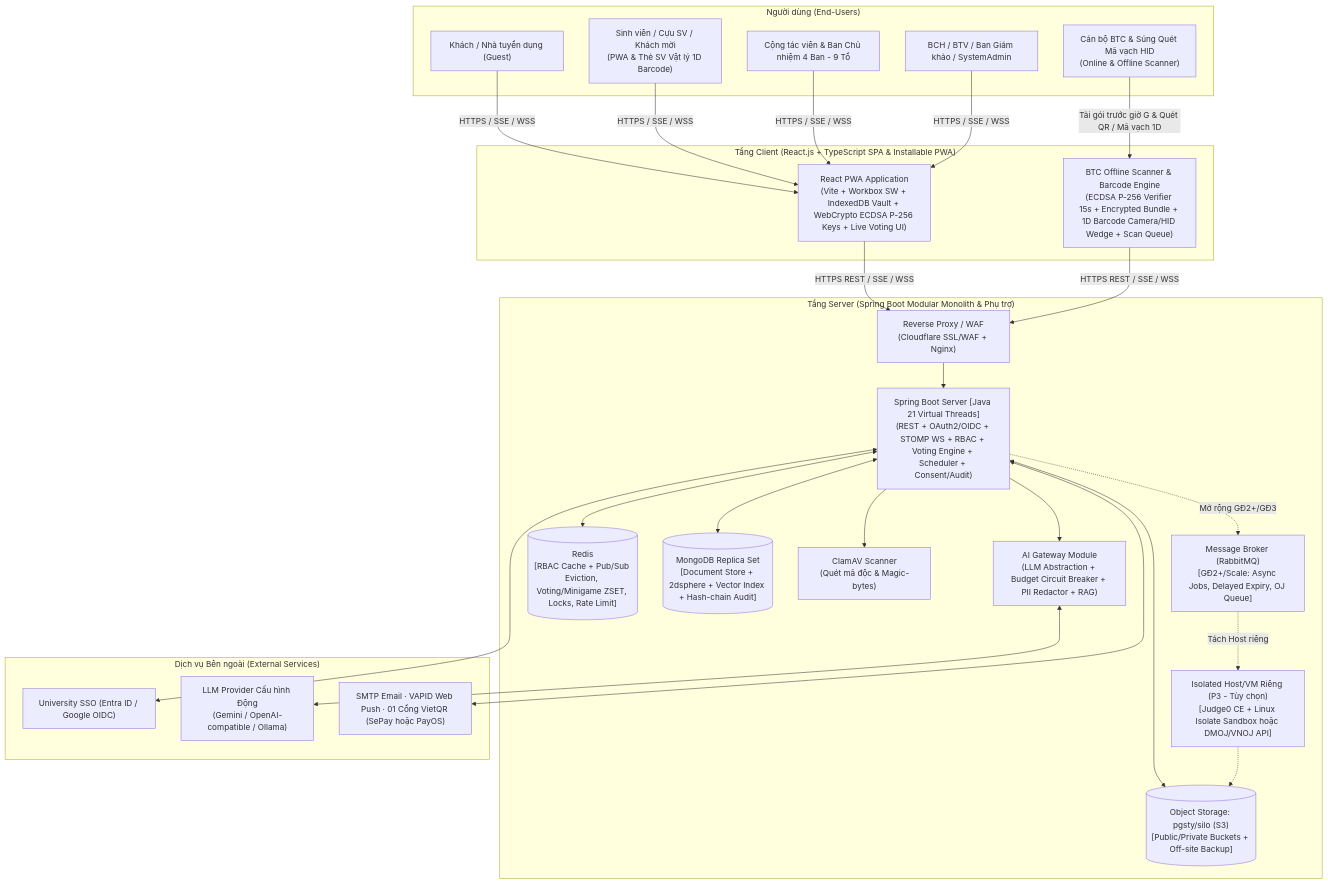
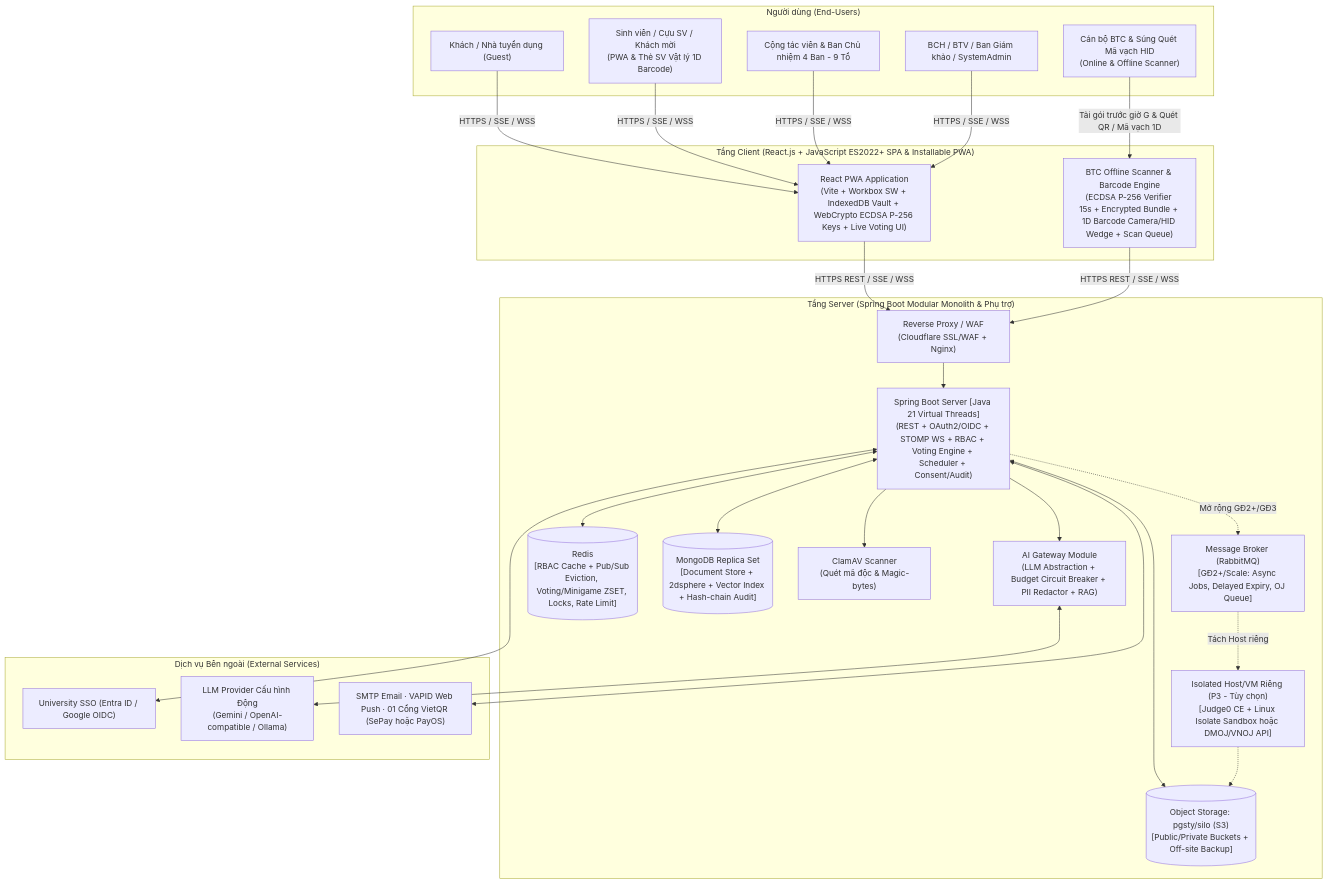
The first of 4 diagrams in document/HLD_YITZone.md (tuong149/YITZone), drawn with Mermaid before and after one commit. The commit also changed other lines of this file and 329 other files, not shown here.

````diff
--- a/document/HLD_YITZone.md
+++ b/document/HLD_YITZone.md
@@ -66,49 +66,49 @@
 ```mermaid
 flowchart TB
     subgraph Users["Người dùng (End-Users)"]
         Guest["Khách / Nhà tuyển dụng (Guest)"]
         Student["Sinh viên / Cựu SV / Khách mời\n(PWA & Thẻ SV Vật lý 1D Barcode)"]
         Cadre["Cộng tác viên & Ban Chủ nhiệm 4 Ban - 9 Tổ"]
         BTC["Cán bộ BTC & Súng Quét Mã vạch HID\n(Online & Offline Scanner)"]
         Admin["BCH / BTV / Ban Giám khảo / SystemAdmin"]
     end
 
-    subgraph ClientLayer["Tầng Client (React.js + TypeScript SPA & Installable PWA)"]
+    subgraph ClientLayer["Tầng Client (React.js + JavaScript ES2022+ SPA & Installable PWA)"]
         ReactApp["React PWA Application\n(Vite + Workbox SW + IndexedDB Vault + WebCrypto ECDSA P-256 Keys + Live Voting UI)"]
         OfflineScanner["BTC Offline Scanner & Barcode Engine\n(ECDSA P-256 Verifier 15s + Encrypted Bundle + 1D Barcode Camera/HID Wedge + Scan Queue)"]
     end
 
     subgraph ServerLayer["Tầng Server (Spring Boot Modular Monolith & Phụ trợ)"]
         Gateway["Reverse Proxy / WAF\n(Cloudflare SSL/WAF + Nginx)"]
         SpringAPI["Spring Boot Server [Java 21 Virtual Threads]\n(REST + OAuth2/OIDC + STOMP WS + RBAC + Voting Engine + Scheduler + Consent/Audit)"]
         AIGateway["AI Gateway Module\n(LLM Abstraction + Budget Circuit Breaker + PII Redactor + RAG)"]
         Redis[("Redis\n[RBAC Cache + Pub/Sub Eviction, Voting/Minigame ZSET, Locks, Rate Limit]")]
         Mongo[("MongoDB Replica Set\n[Document Store + 2dsphere + Vector Index + Hash-chain Audit]")]
         ClamAV["ClamAV Scanner\n(Quét mã độc & Magic-bytes)"]
         Storage[("Object Storage: pgsty/silo (S3)\n[Public/Private Buckets + Off-site Backup]")]
         Queue["Message Broker (RabbitMQ)\n[GĐ2+/Scale: Async Jobs, Delayed Expiry, OJ Queue]"]
         JudgeHost["Isolated Host/VM Riêng (P3 - Tùy chọn)\n[Judge0 CE + Linux Isolate Sandbox hoặc DMOJ/VNOJ API]"]
     end
 
     subgraph External["Dịch vụ Bên ngoài (External Services)"]
         SSO["University SSO (Entra ID / Google OIDC)"]
         LLM["LLM Provider Cấu hình Động\n(Gemini / OpenAI-compatible / Ollama)"]
         NotifyPay["SMTP Email · VAPID Web Push · 01 Cổng VietQR (SePay hoặc PayOS)"]
     end
 
     Guest & Student & Cadre & Admin -->|HTTPS / SSE / WSS| ReactApp
     BTC -->|Tải gói trước giờ G & Quét QR / Mã vạch 1D| OfflineScanner
     ReactApp & OfflineScanner -->|HTTPS REST / SSE / WSS| Gateway
     Gateway --> SpringAPI
     SpringAPI --> AIGateway
     SpringAPI <--> Mongo
     SpringAPI <--> Redis
     SpringAPI --> ClamAV
     SpringAPI <--> Storage
     SpringAPI -.->|Mở rộng GĐ2+/GĐ3| Queue
     Queue -.->|Tách Host riêng| JudgeHost
     JudgeHost -.-> Storage
     SpringAPI <--> SSO
     AIGateway <--> LLM
     SpringAPI <--> NotifyPay
 ```
````
